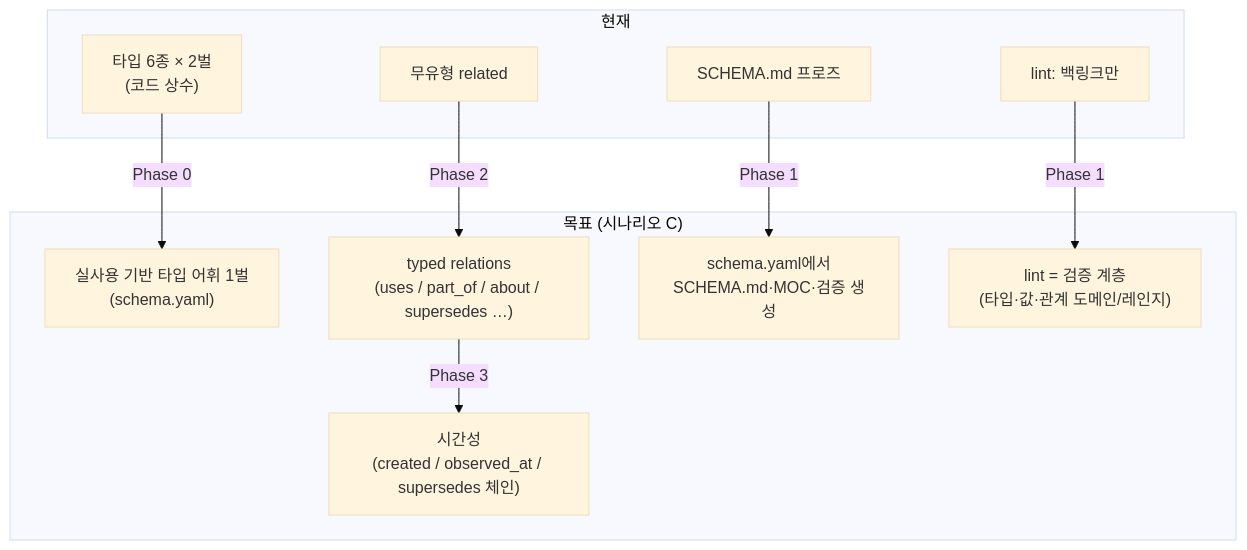
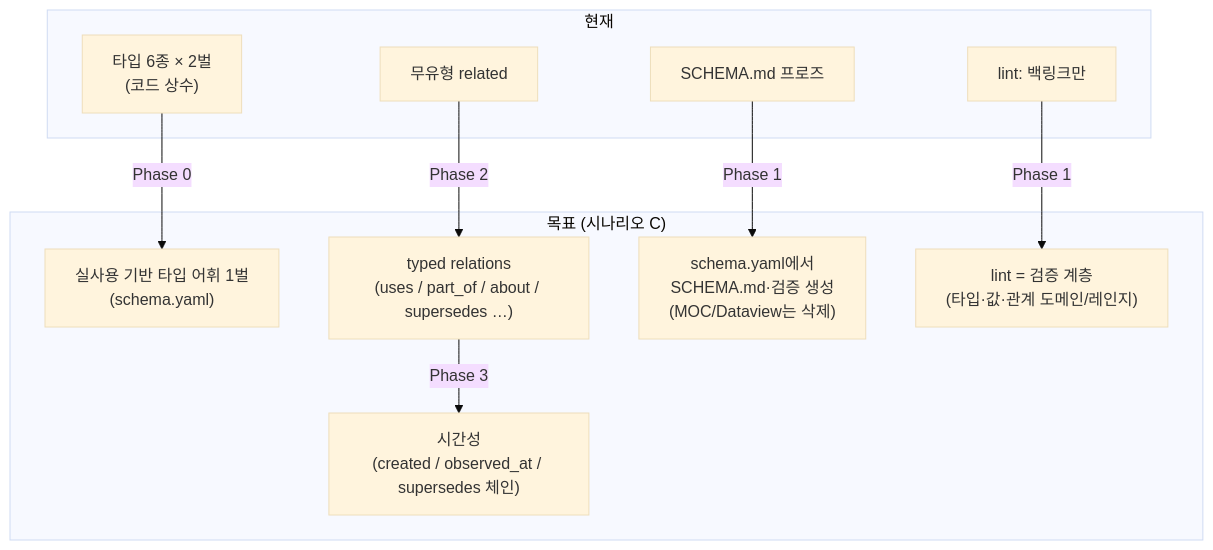
The second of 4 diagrams in docs/ontology-architecture-review-2026-07-05.md (Jimmy-Jung/synapse-memory), drawn with Mermaid (base theme) before and after one commit. The commit also changed other lines of this file and 3 other files, not shown here.

Commit message:
docs: add structural redesign plan + architecture review

````diff
--- a/docs/ontology-architecture-review-2026-07-05.md
+++ b/docs/ontology-architecture-review-2026-07-05.md
@@ -155,21 +174,21 @@
 ```mermaid
 graph TB
     subgraph NOW["현재"]
         A1["타입 6종 × 2벌<br/>(코드 상수)"]
         A2["무유형 related"]
         A3["SCHEMA.md 프로즈"]
         A4["lint: 백링크만"]
     end
     subgraph TARGET["목표 (시나리오 C)"]
         B1["실사용 기반 타입 어휘 1벌<br/>(schema.yaml)"]
         B2["typed relations<br/>(uses / part_of / about / supersedes …)"]
-        B3["schema.yaml에서<br/>SCHEMA.md·MOC·검증 생성"]
+        B3["schema.yaml에서<br/>SCHEMA.md·검증 생성<br/>(MOC/Dataview는 삭제)"]
         B4["lint = 검증 계층<br/>(타입·값·관계 도메인/레인지)"]
         B5["시간성<br/>(created / observed_at / supersedes 체인)"]
     end
     A1 -->|Phase 0| B1
     A3 -->|Phase 1| B3
     A4 -->|Phase 1| B4
     A2 -->|Phase 2| B2
     B2 -->|Phase 3| B5
 ```
````
